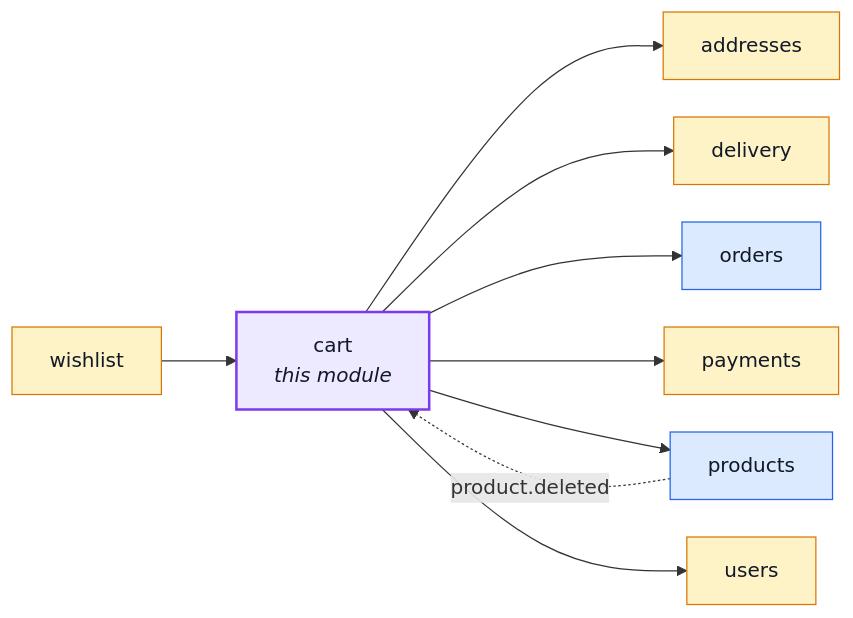
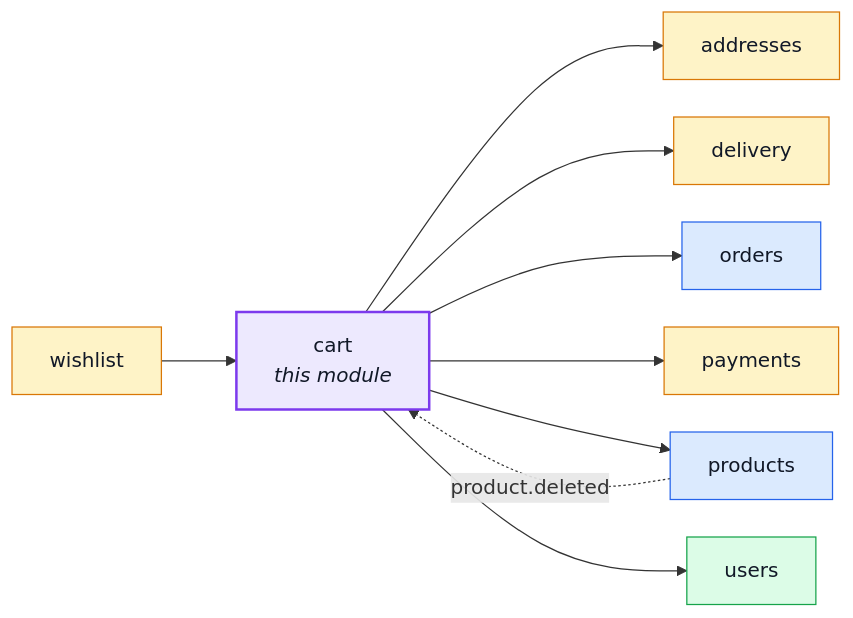
The first of 2 diagrams in docs/modules/cart.md (Guebbit/boilerplate-node-backend), drawn with Mermaid before and after one commit. The commit also changed 13 other files, not shown here.

````diff
--- a/docs/modules/cart.md
+++ b/docs/modules/cart.md
@@ -16,29 +16,30 @@
 ```mermaid
 %%{init: {'flowchart': {'nodeSpacing': 30, 'rankSpacing': 60}}}%%
 flowchart LR
     cart["cart<br/><i>this module</i>"]
     addresses["addresses"]
     delivery["delivery"]
     orders["orders"]
     payments["payments"]
     products["products"]
     users["users"]
     wishlist["wishlist"]
 
     wishlist --> cart
     cart --> addresses
     cart --> delivery
     cart --> orders
     cart --> payments
     cart --> products
     cart --> users
     products -. "product.deleted" .-> cart
 
     classDef core fill:#dbeafe,stroke:#2563eb,color:#111827;
     classDef supporting fill:#fef3c7,stroke:#d97706,color:#111827;
     classDef generic fill:#dcfce7,stroke:#16a34a,color:#111827;
     classDef centre fill:#ede9fe,stroke:#7c3aed,stroke-width:2px,color:#111827;
     class orders,products core;
-    class addresses,delivery,payments,users,wishlist supporting;
+    class addresses,delivery,payments,wishlist supporting;
+    class users generic;
     class cart centre;
 ```
````
